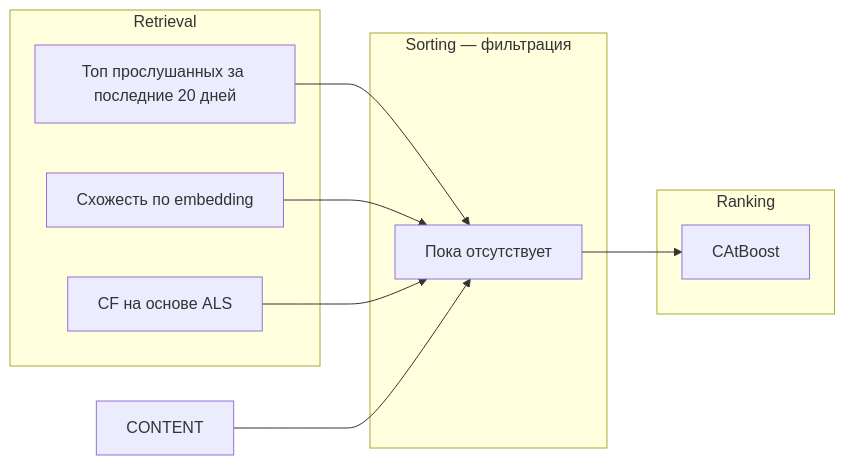
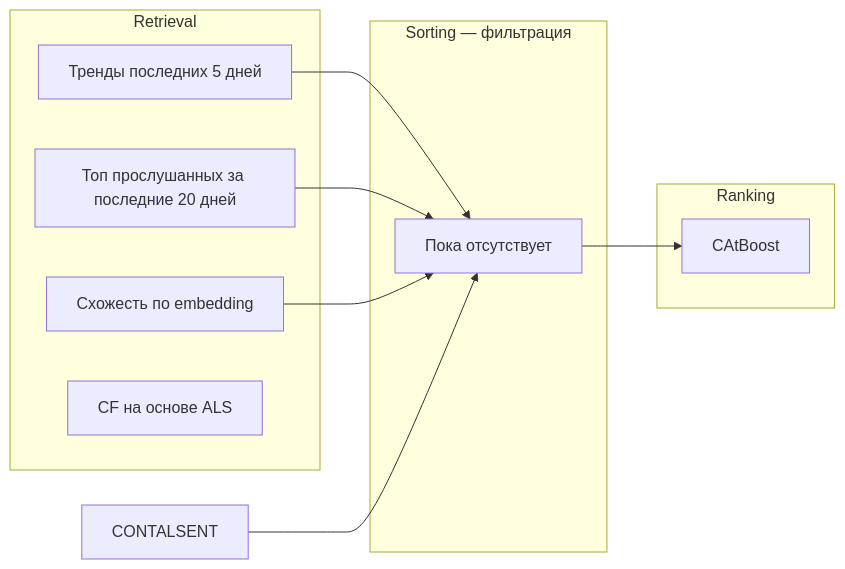
Before and after one commit to Nastasy822/music-recommendation-experiments: the diagram in README.md, drawn with Mermaid.

Commit message:
docs(С4): update diagram

````diff
--- a/README.md
+++ b/README.md
@@ -149,27 +149,28 @@
 ```mermaid
 flowchart LR
 
     %% === Блоки пайплайна ===
     subgraph RETRIEVAL ["Retrieval"]
-        POP["Тренды последних 5 дней"]
-        POP["Топ прослушанных за последние 20 дней"]
+        PopAll["Тренды последних 5 дней"]
+        PopUser["Топ прослушанных за последние 20 дней"]
         SIM["Схожесть по embedding"]
-        FRIENDS["CF на основе ALS"]
+        ALS["CF на основе ALS"]
     end
 
     subgraph SORTING ["Sorting — фильтрация"]
         FILTER["Пока отсутствует"]
     end
 
     subgraph RANKING ["Ranking"]
         RANK["CAtBoost"]
     end
 
     %% === Потоки данных ===
-    POP --> FILTER
+    PopAll --> FILTER
+    PopUser --> FILTER
     SIM --> FILTER
-    FRIENDS --> FILTER
-    CONTENT --> FILTER
+    CONTALSENT --> FILTER
 
     FILTER --> RANK
+
 ```
````
